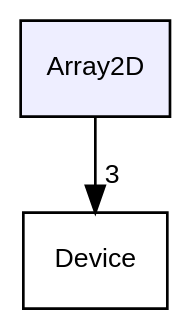
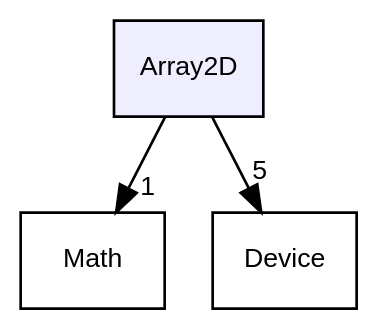
Before and after one commit to OsmanAEG/PySYCL: the diagram in docs/PySYCL_doxygen_html/dir_224ac7b824186f4773522b8bb0743517_dep.dot, drawn with Graphviz. The commit also changed 150 other files, not shown here.

```diff
--- a/docs/PySYCL_doxygen_html/dir_224ac7b824186f4773522b8bb0743517_dep.dot
+++ b/docs/PySYCL_doxygen_html/dir_224ac7b824186f4773522b8bb0743517_dep.dot
@@ -1,9 +1,11 @@
 digraph "Array2D" {
   bgcolor=transparent;
   compound=true
   node [ fontsize="10", fontname="Helvetica"];
   edge [ labelfontsize="10", labelfontname="Helvetica"];
   dir_224ac7b824186f4773522b8bb0743517 [shape=box, label="Array2D", style="filled", fillcolor="#eeeeff", pencolor="black", URL="dir_224ac7b824186f4773522b8bb0743517.html"];
+  dir_3813464283bee2267f39dcf080a84d74 [shape=box label="Math" URL="dir_3813464283bee2267f39dcf080a84d74.html"];
   dir_737e998198a830156af4433d00da986d [shape=box label="Device" URL="dir_737e998198a830156af4433d00da986d.html"];
-  dir_224ac7b824186f4773522b8bb0743517->dir_737e998198a830156af4433d00da986d [headlabel="3", labeldistance=1.5 headhref="dir_000001_000002.html"];
+  dir_224ac7b824186f4773522b8bb0743517->dir_3813464283bee2267f39dcf080a84d74 [headlabel="1", labeldistance=1.5 headhref="dir_000001_000003.html"];
+  dir_224ac7b824186f4773522b8bb0743517->dir_737e998198a830156af4433d00da986d [headlabel="5", labeldistance=1.5 headhref="dir_000001_000002.html"];
 }
```
